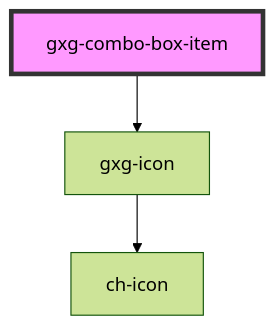
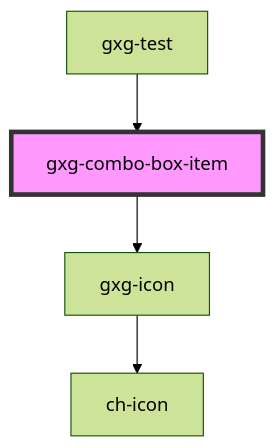
One commit to genexuslabs/gemini changed the diagram in src/components/combo-box-item/readme.md. Above: the diagram before and after it, drawn with Mermaid (forest theme). The commit also changed other lines of this file and 18 other files, not shown here.

````diff
--- a/src/components/combo-box-item/readme.md
+++ b/src/components/combo-box-item/readme.md
@@ -28,6 +32,7 @@
 ```mermaid
 graph TD;
   gxg-combo-box-item --> gxg-icon
   gxg-icon --> ch-icon
+  gxg-test --> gxg-combo-box-item
   style gxg-combo-box-item fill:#f9f,stroke:#333,stroke-width:4px
 ```
````
